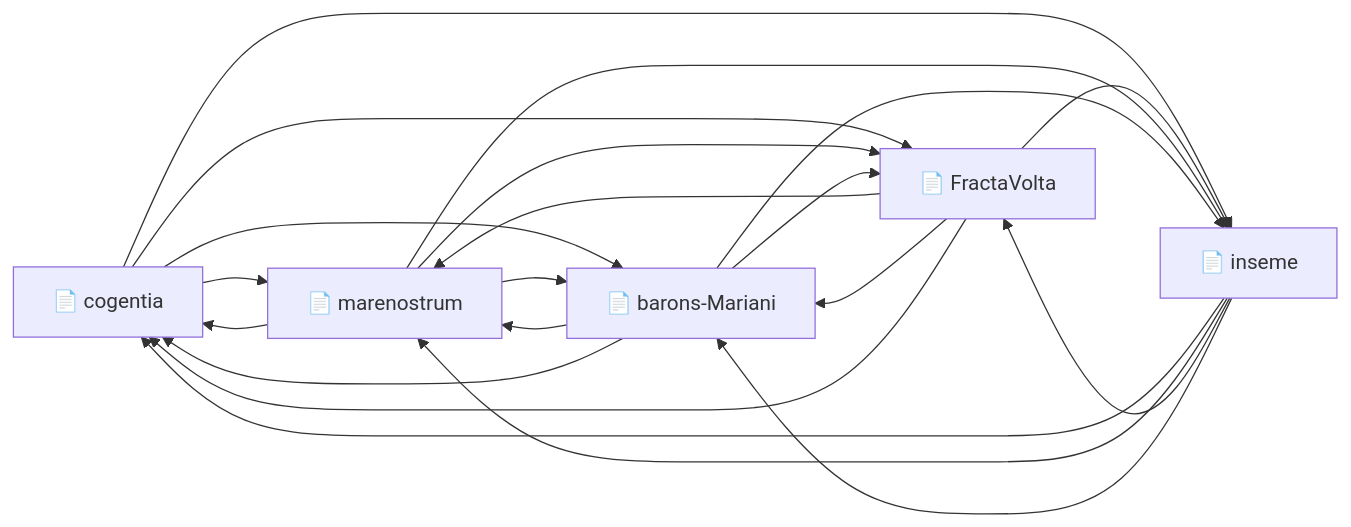
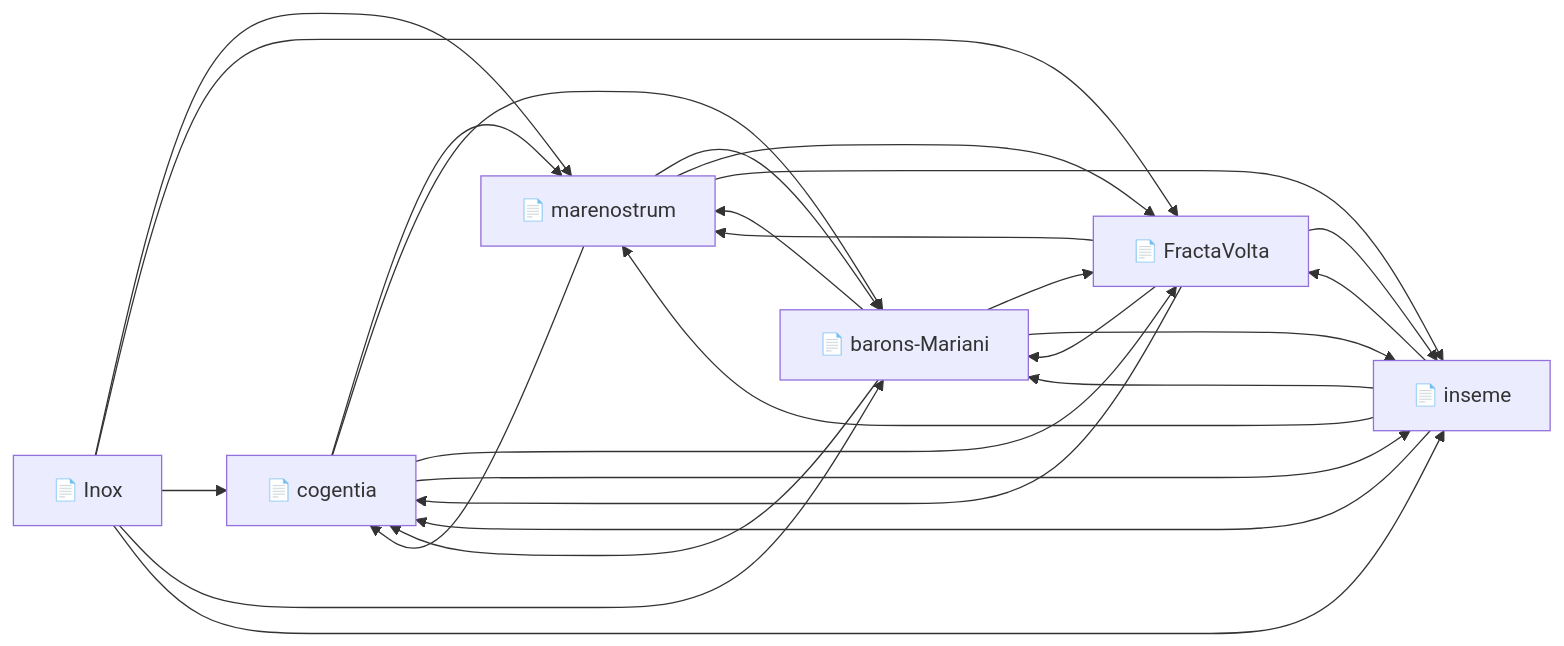
One commit to JeanHuguesRobert/FractaVolta changed the first of 2 diagrams in research/corpus-status.md. Above: the diagram before and after it, drawn with Mermaid. The commit also changed other lines of this file and 6 other files, not shown here.

````diff
--- a/research/corpus-status.md
+++ b/research/corpus-status.md
@@ -41,33 +42,40 @@
 ```mermaid
 graph LR
   cogentia["📄 cogentia"]
   FractaVolta["📄 FractaVolta"]
   marenostrum["📄 marenostrum"]
   barons-Mariani["📄 barons-Mariani"]
   inseme["📄 inseme"]
+  Inox["📄 Inox"]
   cogentia --> marenostrum
   cogentia --> barons-Mariani
   cogentia --> FractaVolta
   cogentia --> inseme
   FractaVolta --> marenostrum
   FractaVolta --> barons-Mariani
   FractaVolta --> cogentia
   FractaVolta --> inseme
   marenostrum --> barons-Mariani
   marenostrum --> FractaVolta
   marenostrum --> cogentia
   marenostrum --> inseme
   barons-Mariani --> marenostrum
   barons-Mariani --> FractaVolta
   barons-Mariani --> cogentia
   barons-Mariani --> inseme
   inseme --> cogentia
   inseme --> marenostrum
   inseme --> FractaVolta
   inseme --> barons-Mariani
+  Inox --> marenostrum
+  Inox --> FractaVolta
+  Inox --> cogentia
+  Inox --> barons-Mariani
+  Inox --> inseme
   click cogentia "https://github.com/JeanHuguesRobert/cogentia/blob/main/research/index.md" "Open research/index.md"
   click FractaVolta "https://github.com/JeanHuguesRobert/FractaVolta/blob/main/research/index.md" "Open research/index.md"
   click marenostrum "https://github.com/JeanHuguesRobert/marenostrum/blob/main/research/index.md" "Open research/index.md"
   click barons-Mariani "https://github.com/JeanHuguesRobert/barons-Mariani/blob/main/research/index.md" "Open research/index.md"
   click inseme "https://github.com/JeanHuguesRobert/inseme/blob/main/research/index.md" "Open research/index.md"
+  click Inox "https://github.com/JeanHuguesRobert/Inox/blob/main/research/index.md" "Open research/index.md"
 ```
````
